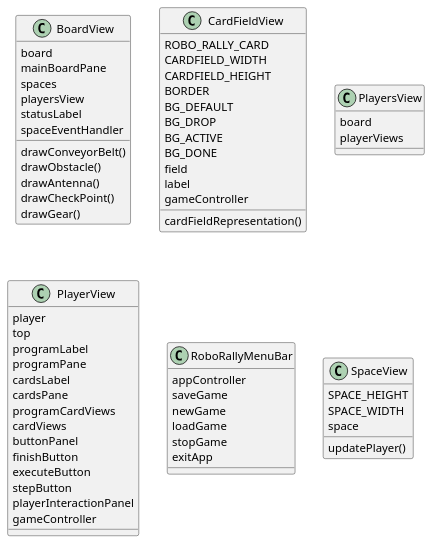
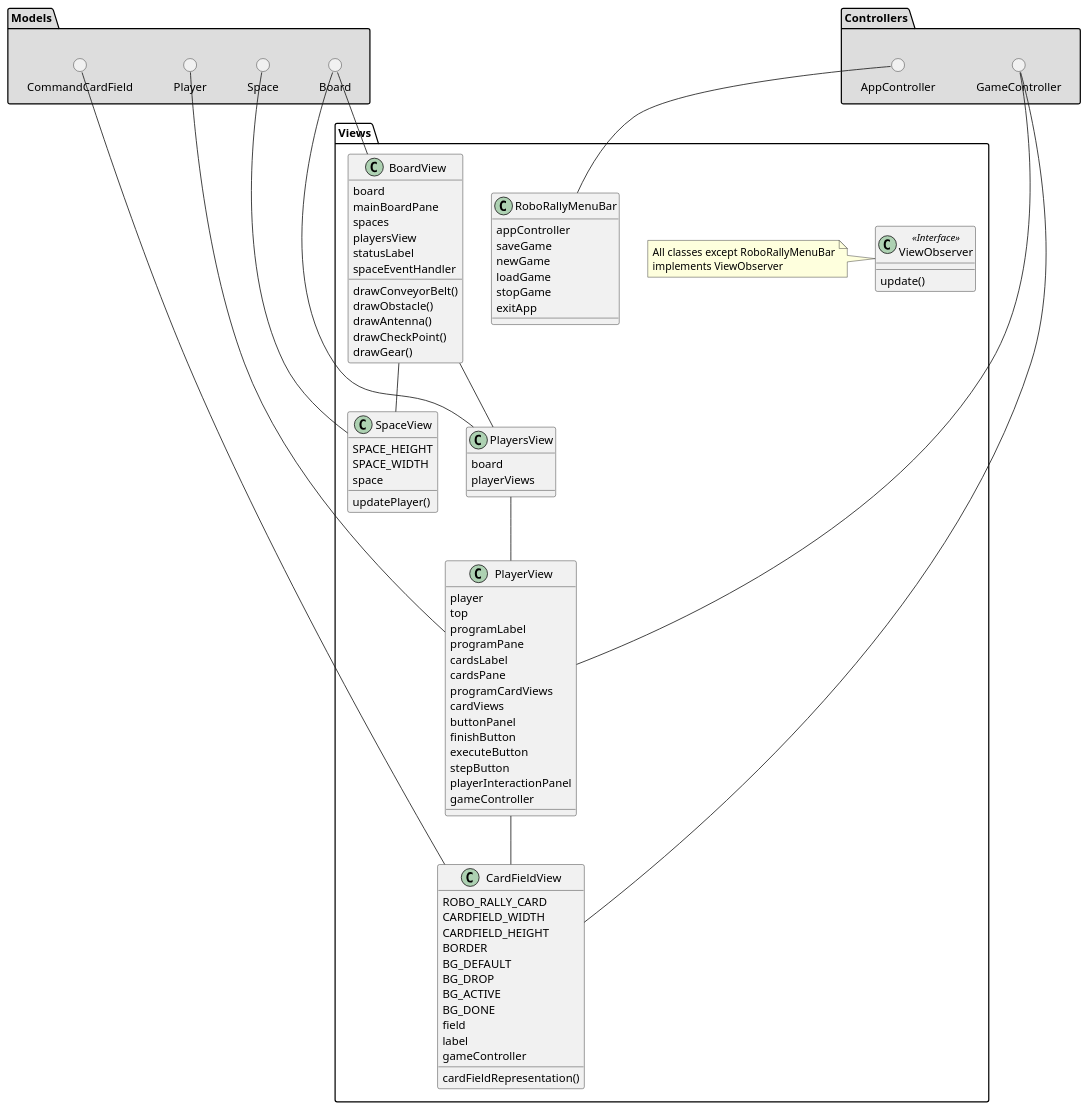
The diagram in PlantUML/ViewClassDiagram.puml (MarkBidstrup/RoboRally), drawn with PlantUML before and after one commit. The commit also changed 2 other files, not shown here.

Commit message:
Updated class diagrams

```diff
--- a/PlantUML/ViewClassDiagram.puml
+++ b/PlantUML/ViewClassDiagram.puml
@@ -1,75 +1,123 @@
 @startuml
 'https://plantuml.com/class-diagram
 
-class BoardView{
-    board
-    mainBoardPane
-    spaces
-    playersView
-    statusLabel
-    spaceEventHandler
+package Views {
 
-    drawConveyorBelt()
-    drawObstacle()
-    drawAntenna()
-    drawCheckPoint()
-    drawGear()
+    class BoardView{
+        board
+        mainBoardPane
+        spaces
+        playersView
+        statusLabel
+        spaceEventHandler
+
+        drawConveyorBelt()
+        drawObstacle()
+        drawAntenna()
+        drawCheckPoint()
+        drawGear()
+
+    }
+
+    class CardFieldView {
+        ROBO_RALLY_CARD
+        CARDFIELD_WIDTH
+        CARDFIELD_HEIGHT
+        BORDER
+        BG_DEFAULT
+        BG_DROP
+        BG_ACTIVE
+        BG_DONE
+        field
+        label
+        gameController
+
+        cardFieldRepresentation()
+    }
+
+    class PlayersView {
+        board
+        playerViews
+    }
+
+    class PlayerView {
+        player
+        top
+        programLabel
+        programPane
+        cardsLabel
+        cardsPane
+        programCardViews
+        cardViews
+        buttonPanel
+        finishButton
+        executeButton
+        stepButton
+        playerInteractionPanel
+        gameController
+    }
+
+    class RoboRallyMenuBar {
+        appController
+        saveGame
+        newGame
+        loadGame
+        stopGame
+        exitApp
+    }
+
+    class SpaceView {
+        SPACE_HEIGHT
+        SPACE_WIDTH
+        space
+
+        updatePlayer()
+    }
+
+    class ViewObserver <<Interface>> {
+       update()
+    }
+
+note left of ViewObserver
+    All classes except RoboRallyMenuBar
+    implements ViewObserver
+end note
+}
+
+package "Models" #DDDDDD {
+
+    () Board
+    () CommandCardField
+    () Player
+    () Space
 
 }
 
-class CardFieldView {
-    ROBO_RALLY_CARD
-    CARDFIELD_WIDTH
-    CARDFIELD_HEIGHT
-    BORDER
-    BG_DEFAULT
-    BG_DROP
-    BG_ACTIVE
-    BG_DONE
-    field
-    label
-    gameController
+package "Controllers" #DDDDDD {
 
-    cardFieldRepresentation()
+    () GameController
+    () AppController
+
 }
 
-class PlayersView {
-    board
-    playerViews
-}
+'Views
+BoardView -- PlayersView
+BoardView -- SpaceView
+PlayersView -- PlayerView
+PlayerView -- CardFieldView
 
-class PlayerView {
-    player
-    top
-    programLabel
-    programPane
-    cardsLabel
-    cardsPane
-    programCardViews
-    cardViews
-    buttonPanel
-    finishButton
-    executeButton
-    stepButton
-    playerInteractionPanel
-    gameController
-}
+'Models
+Board -- BoardView
+Board -- PlayersView
+CommandCardField -- CardFieldView
+Player -- PlayerView
+Space -- SpaceView
 
-class RoboRallyMenuBar {
-    appController
-    saveGame
-    newGame
-    loadGame
-    stopGame
-    exitApp
-}
+'Controllers
+GameController -- CardFieldView
+GameController -- PlayerView
+AppController -- RoboRallyMenuBar
 
-class SpaceView {
-    SPACE_HEIGHT
-    SPACE_WIDTH
-    space
 
-    updatePlayer()
-}
 
 @enduml
```
